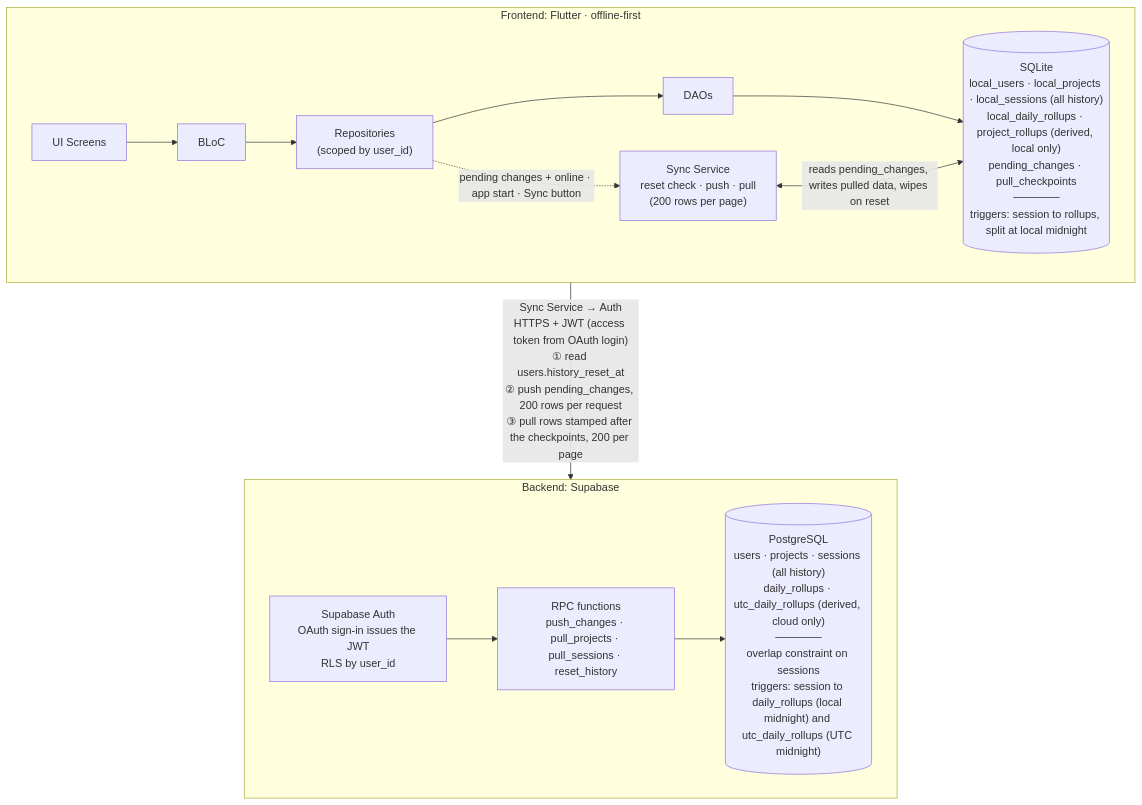
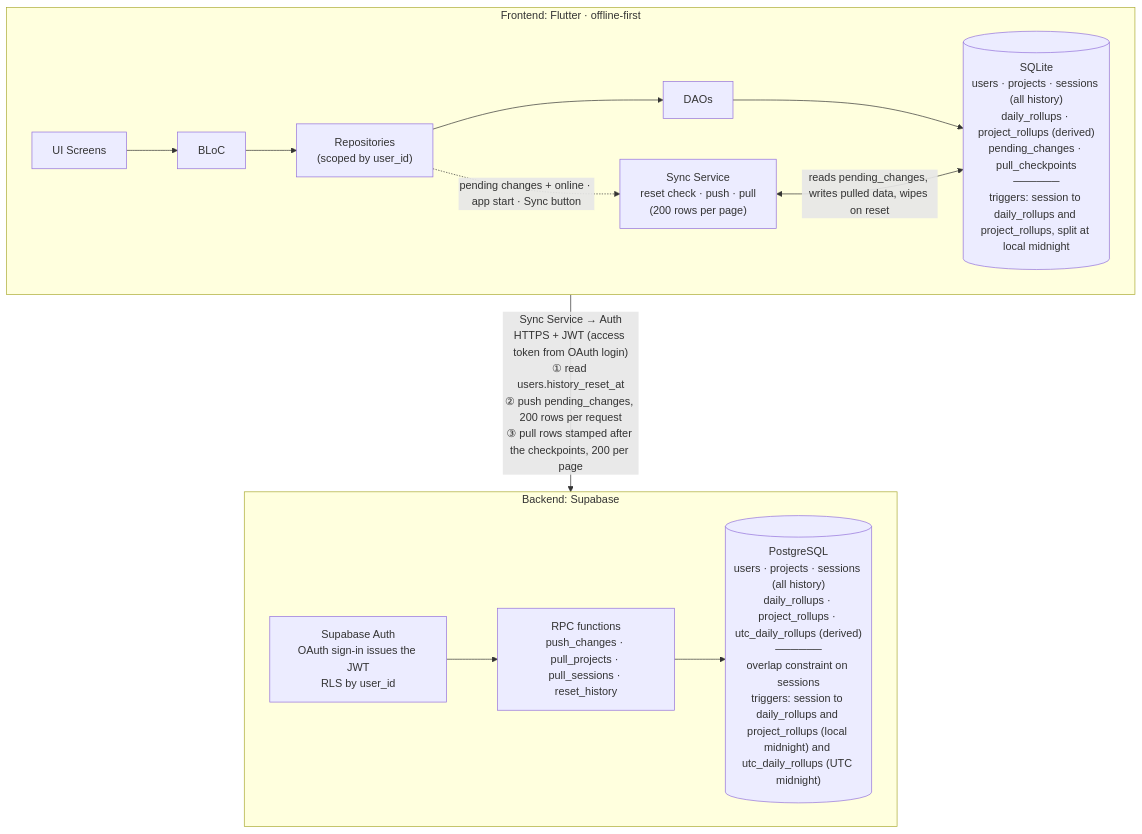
Before and after one commit to sardaar-niamotullah/tarkeez: the first of 3 diagrams in README.md, drawn with Mermaid. The commit also changed other lines of this file, not shown here.

````diff
--- a/README.md
+++ b/README.md
@@ -294,16 +293,16 @@
 ```mermaid
 flowchart TB
   subgraph APP["Frontend: Flutter · offline-first"]
     direction LR
-    UI["UI Screens"] --> BLOC["BLoC"] --> REPO["Repositories<br/>(scoped by user_id)"] --> DAO["DAOs"] --> LDB[("SQLite<br/>local_users · local_projects · local_sessions (all history)<br/>local_daily_rollups · project_rollups (derived, local only)<br/>pending_changes · pull_checkpoints<br/>──────<br/>triggers: session to rollups, split at local midnight")]
+    UI["UI Screens"] --> BLOC["BLoC"] --> REPO["Repositories<br/>(scoped by user_id)"] --> DAO["DAOs"] --> LDB[("SQLite<br/>users · projects · sessions (all history)<br/>daily_rollups · project_rollups (derived)<br/>pending_changes · pull_checkpoints<br/>──────<br/>triggers: session to daily_rollups and project_rollups, split at local midnight")]
     REPO -.->|"pending changes + online · app start · Sync button"| SYNC["Sync Service<br/>reset check · push · pull<br/>(200 rows per page)"]
     SYNC <-->|"reads pending_changes, writes pulled data, wipes on reset"| LDB
   end
 
   subgraph CLOUD["Backend: Supabase"]
     direction LR
-    AUTH["Supabase Auth<br/>OAuth sign-in issues the JWT<br/>RLS by user_id"] --> RPC["RPC functions<br/>push_changes · pull_projects · pull_sessions · reset_history"] --> CDB[("PostgreSQL<br/>users · projects · sessions (all history)<br/>daily_rollups · utc_daily_rollups (derived, cloud only)<br/>──────<br/>overlap constraint on sessions<br/>triggers: session to daily_rollups (local midnight) and utc_daily_rollups (UTC midnight)")]
+    AUTH["Supabase Auth<br/>OAuth sign-in issues the JWT<br/>RLS by user_id"] --> RPC["RPC functions<br/>push_changes · pull_projects · pull_sessions · reset_history"] --> CDB[("PostgreSQL<br/>users · projects · sessions (all history)<br/>daily_rollups · project_rollups · utc_daily_rollups (derived)<br/>──────<br/>overlap constraint on sessions<br/>triggers: session to daily_rollups and project_rollups (local midnight) and utc_daily_rollups (UTC midnight)")]
   end
 
   APP -->|"Sync Service → Auth<br/>HTTPS + JWT (access token from OAuth login)<br/>① read users.history_reset_at<br/>② push pending_changes, 200 rows per request<br/>③ pull rows stamped after the checkpoints, 200 per page"| CLOUD
 ```
````
